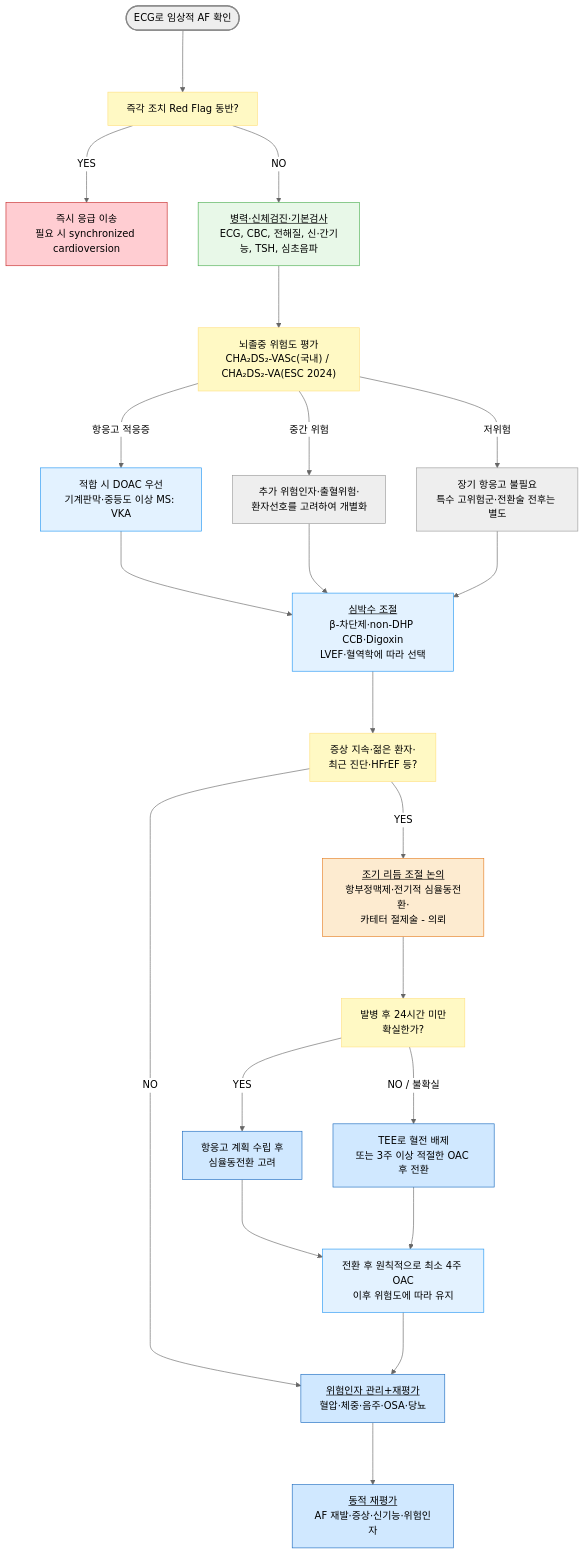
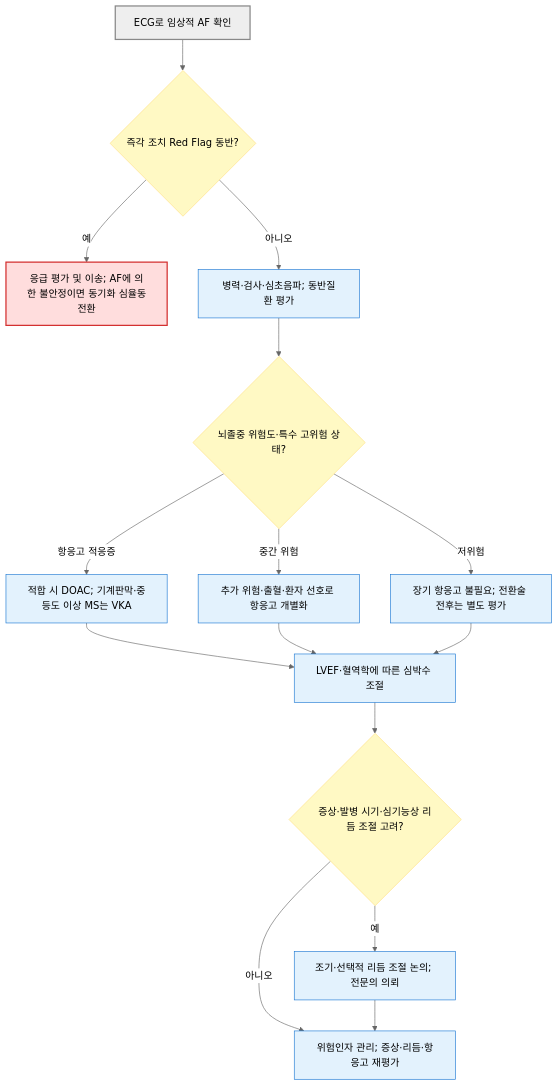
Before and after one commit to familyoh77/familyoh77: the first of 2 diagrams in 225_/099_1-atrial-fibrillation.md, drawn with Mermaid (neutral theme). The commit also changed other lines of this file and 5 other files, not shown here.

````diff
--- a/225_/099_1-atrial-fibrillation.md
+++ b/225_/099_1-atrial-fibrillation.md
@@ -103,35 +103,24 @@
 ```mermaid
-graph TD
-    Start(["ECG로 임상적 AF 확인"]) ---> Unstable["즉각 조치 Red Flag 동반?"]
-    Unstable --->|YES| Emergency["즉시 응급 이송<br/>필요 시 synchronized cardioversion"]
-    Unstable --->|NO| Workup["<u>병력·신체검진·기본검사</u><br/>ECG, CBC, 전해질, 신·간기능, TSH, 심초음파"]
-    Workup ---> Score["뇌졸중 위험도 평가<br/>CHA₂DS₂-VASc(국내) / CHA₂DS₂-VA(ESC 2024)"]
-    Score --->|"저위험"| NoOAC["장기 항응고 불필요<br/>특수 고위험군·전환술 전후는 별도"]
-    Score --->|"항응고 적응증"| OAC["적합 시 DOAC 우선<br/>기계판막·중등도 이상 MS: VKA"]
-    Score --->|"중간 위험"| Consider["추가 위험인자·출혈위험·<br/>환자선호를 고려하여 개별화"]
-    OAC ---> Rate["<u>심박수 조절</u><br/>β-차단제·non-DHP CCB·Digoxin<br/>LVEF·혈역학에 따라 선택"]
-    Consider ---> Rate
-    NoOAC ---> Rate
-    Rate ---> RhythmQ["증상 지속·젊은 환자·<br/>최근 진단·HFrEF 등?"]
-    RhythmQ --->|YES| Rhythm["<u>조기 리듬 조절 논의</u><br/>항부정맥제·전기적 심율동전환·<br/>카테터 절제술 - 의뢰"]
-    RhythmQ --->|NO| Followup["<u>위험인자 관리+재평가</u><br/>혈압·체중·음주·OSA·당뇨"]
-    Rhythm ---> Duration["발병 후 24시간 미만<br/>확실한가?"]
-    Duration --->|YES| Cardiovert["항응고 계획 수립 후<br/>심율동전환 고려"]
-    Duration --->|"NO / 불확실"| TEE["TEE로 혈전 배제<br/>또는 3주 이상 적절한 OAC 후 전환"]
-    Cardiovert ---> PostCV["전환 후 원칙적으로 최소 4주 OAC<br/>이후 위험도에 따라 유지"]
-    TEE ---> PostCV
-    PostCV ---> Followup
-    Followup ---> Reassess["<u>동적 재평가</u><br/>AF 재발·증상·신기능·위험인자"]
-
-style Start fill:#eeeeee,stroke:#888888,stroke-width:2px
-style Emergency fill:#ffcdd2,stroke:#c62828
-style Rhythm fill:#fdebd0,stroke:#e67e22
-classDef yellow fill:#fff9c4,stroke:#ffe082
-class Unstable,Score,RhythmQ,Duration yellow
-classDef lightGreen fill:#e8f8e8,stroke:#4caf50
-class Workup lightGreen
-classDef sky fill:#e3f2ff,stroke:#2196f3
-class OAC,Rate,PostCV sky
-classDef blue fill:#d0e8ff,stroke:#1a6abf
-class Followup,Cardiovert,TEE,Reassess blue
+flowchart TD
+    A["ECG로 임상적 AF 확인"] --> B{"즉각 조치 Red Flag 동반?"}
+    B -->|"예"| U["응급 평가 및 이송; AF에 의한 불안정이면 동기화 심율동전환"]
+    B -->|"아니오"| C["병력·검사·심초음파; 동반질환 평가"]
+    C --> D{"뇌졸중 위험도·특수 고위험 상태?"}
+    D -->|"항응고 적응증"| E["적합 시 DOAC; 기계판막·중등도 이상 MS는 VKA"]
+    D -->|"중간 위험"| F["추가 위험·출혈·환자 선호로 항응고 개별화"]
+    D -->|"저위험"| G["장기 항응고 불필요; 전환술 전후는 별도 평가"]
+    E --> H["LVEF·혈역학에 따른 심박수 조절"]
+    F --> H
+    G --> H
+    H --> I{"증상·발병 시기·심기능상 리듬 조절 고려?"}
+    I -->|"예"| J["조기·선택적 리듬 조절 논의; 전문의 의뢰"]
+    I -->|"아니오"| K["위험인자 관리; 증상·리듬·항응고 재평가"]
+    J --> K
+    classDef question fill:#fff9c4,stroke:#ffe082
+    classDef treatment fill:#e3f2fd,stroke:#1976d2
+    classDef emergency fill:#ffdddd,stroke:#d32f2f,stroke-width:2px
+    class B,D,I question
+    class C,E,F,G,H,J,K treatment
+    class U emergency
+    style A fill:#eeeeee,stroke:#888888,stroke-width:2px
 ```
````
